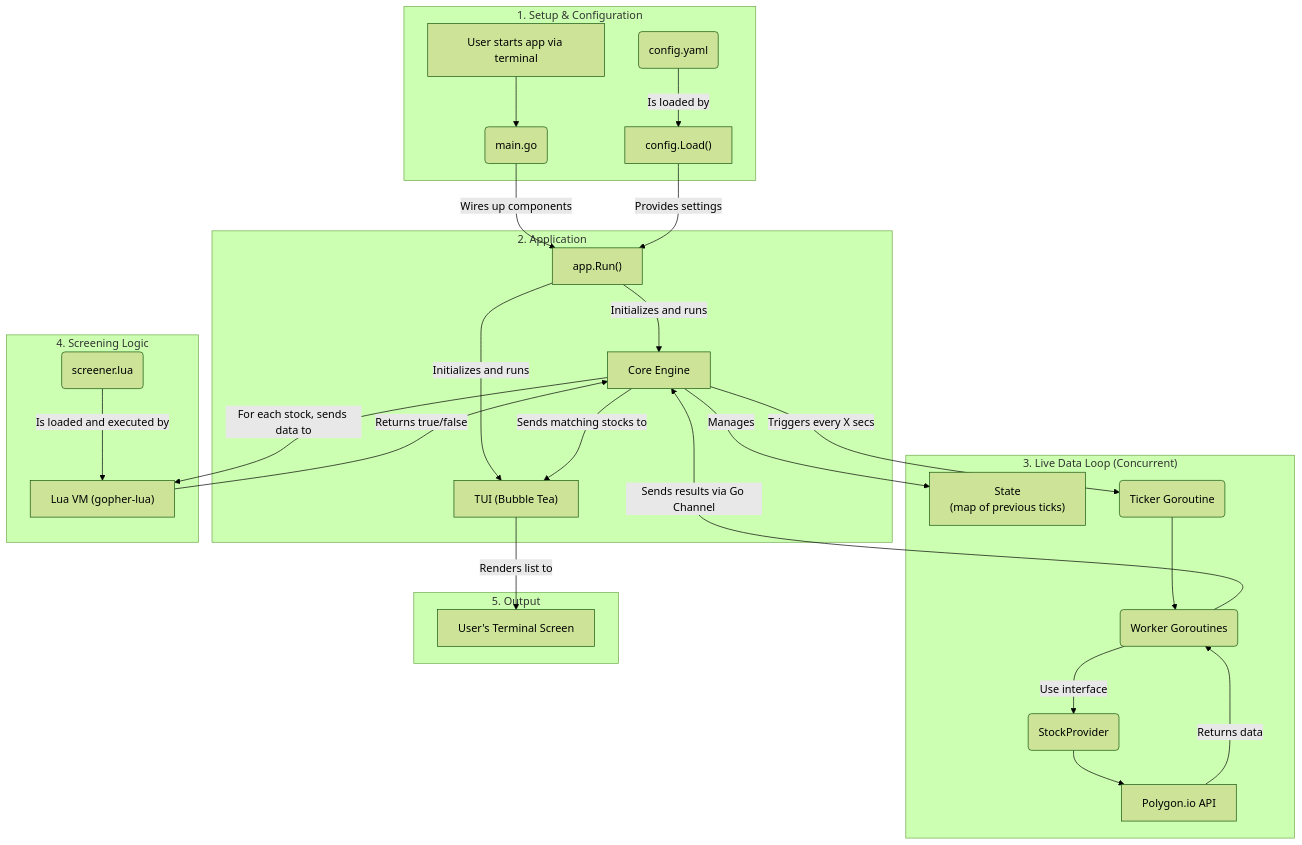
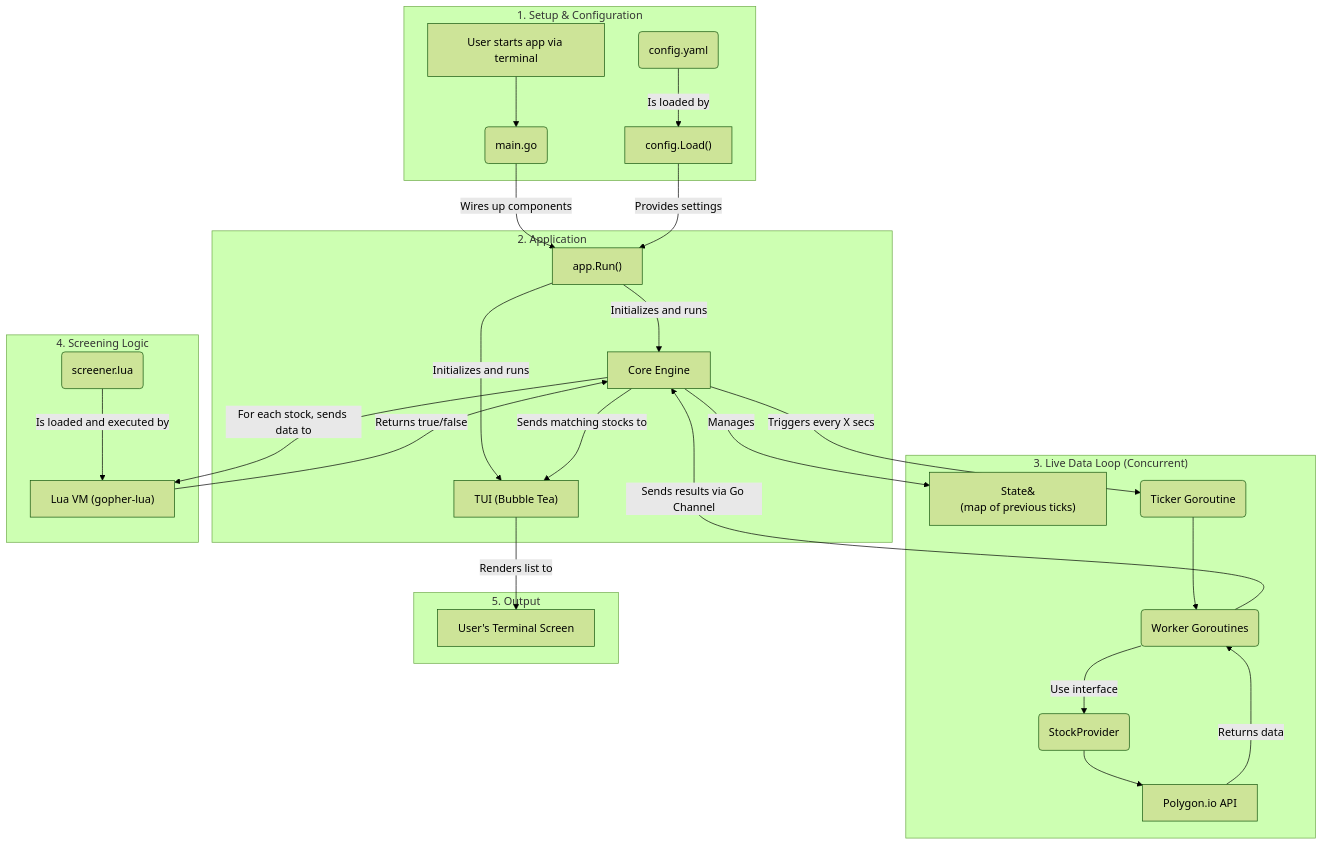
Before and after one commit to binarypath/stocktopus: the diagram in README.md, drawn with Mermaid (forest theme).

Commit message:
Update README.md
Correct rendering issue with markdowns and <br> characters

````diff
--- a/README.md
+++ b/README.md
@@ -35,35 +35,35 @@
 ```mermaid
 graph TD
     subgraph "1. Setup & Configuration"
         A["User starts app via terminal"] --> B("main.go");
         C("config.yaml") -- "Is loaded by" --> D["config.Load()"];
     end
 
     subgraph "2. Application"
         B -- "Wires up components" --> E["app.Run()"];
         D -- "Provides settings" --> E;
         E -- "Initializes and runs" --> F["TUI (Bubble Tea)"];
         E -- "Initializes and runs" --> G["Core Engine"];
     end
 
     subgraph "3. Live Data Loop (Concurrent)"
-        G -- "Manages" --> H["State<br>(map of previous ticks)"];
+        G -- "Manages" --> H["State&#10;(map of previous ticks)"];
         G -- "Triggers every X secs" --> I("Ticker Goroutine");
         I --> J("Worker Goroutines");
         J -- "Use interface" --> K("StockProvider");
         K --> L["Polygon.io API"];
         L -- "Returns data" --> J;
         J -- "Sends results via Go Channel" --> G;
     end
 
     subgraph "4. Screening Logic"
         G -- "For each stock, sends data to" --> M["Lua VM (gopher-lua)"];
         N("screener.lua") -- "Is loaded and executed by" --> M;
         M -- "Returns true/false" --> G;
     end
 
     subgraph "5. Output"
         G -- "Sends matching stocks to" --> F;
         F -- "Renders list to" --> O["User's Terminal Screen"];
     end
 ```
````
